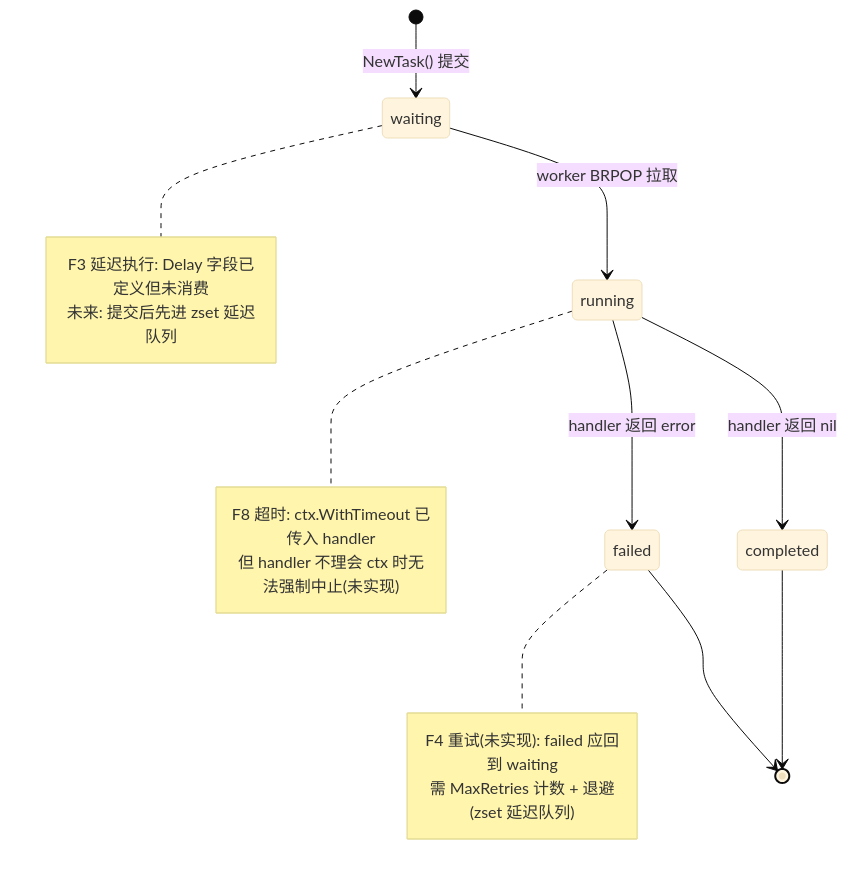
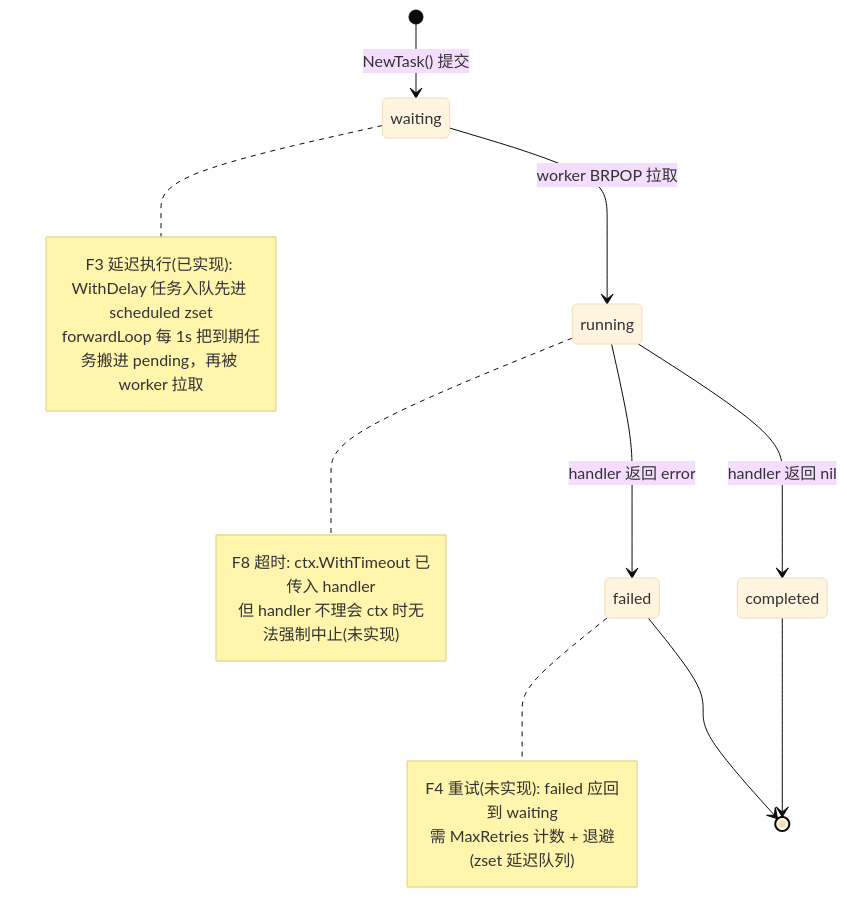
One commit to phakeandy/tq changed the first of 2 diagrams in notes/architecture.md. Above: the diagram before and after it, drawn with Mermaid (base theme). The commit also changed other lines of this file and 8 other files, not shown here.

````diff
--- a/notes/architecture.md
+++ b/notes/architecture.md
@@ -5,25 +5,25 @@
 ```mermaid
 stateDiagram-v2
     [*] --> waiting: NewTask() 提交
     waiting --> running: worker BRPOP 拉取
     running --> completed: handler 返回 nil
     running --> failed: handler 返回 error
 
     note right of waiting
-        F3 延迟执行: Delay 字段已定义但未消费
-        未来: 提交后先进 zset 延迟队列
+        F3 延迟执行(已实现): WithDelay 任务入队先进 scheduled zset
+        forwardLoop 每 1s 把到期任务搬进 pending，再被 worker 拉取
     end note
 
     note right of running
         F8 超时: ctx.WithTimeout 已传入 handler
         但 handler 不理会 ctx 时无法强制中止(未实现)
     end note
 
     note right of failed
         F4 重试(未实现): failed 应回到 waiting
         需 MaxRetries 计数 + 退避(zset 延迟队列)
     end note
 
     completed --> [*]
     failed --> [*]
 ```
````
